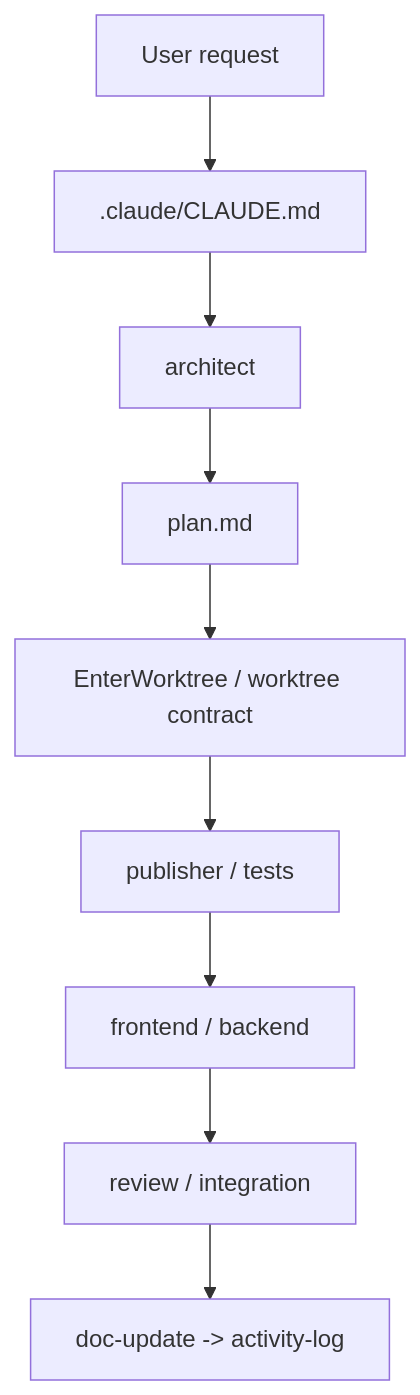
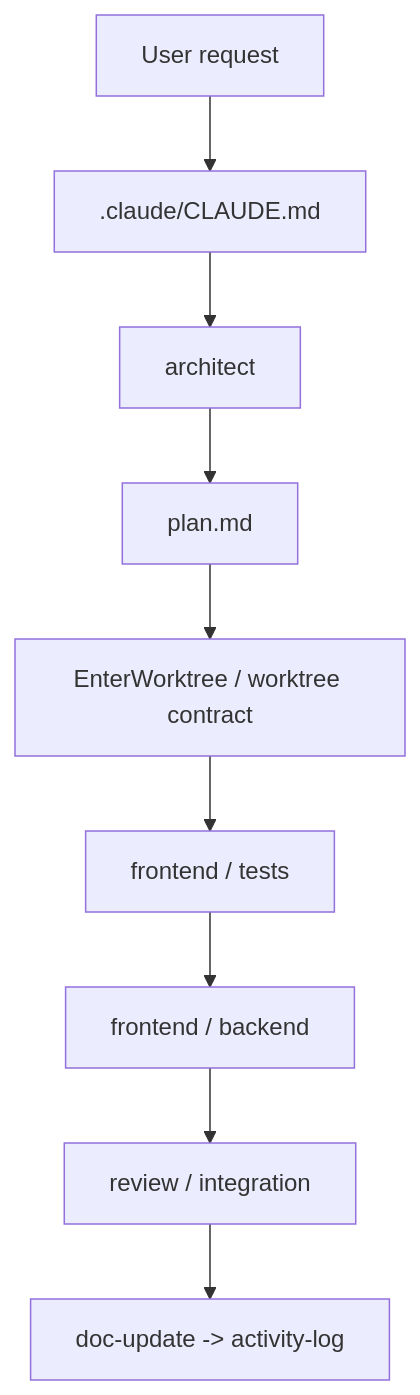
The fifth of 14 diagrams in docs/claude-code-workflow-evolution.md (SeoJaeWan/try-claude-code), drawn with Mermaid before and after one commit. The commit also changed other lines of this file and 110 other files, not shown here.

````diff
--- a/docs/claude-code-workflow-evolution.md
+++ b/docs/claude-code-workflow-evolution.md
@@ -257,21 +257,21 @@
 ```mermaid
 flowchart TD
     U["User request"]
     CLAUDE[".claude/CLAUDE.md"]
     ARCH["architect"]
     PLAN["plan.md"]
     WT["EnterWorktree / worktree contract"]
-    P1["publisher / tests"]
+    P1["frontend / tests"]
     P2["frontend / backend"]
     P3["review / integration"]
     TAIL["doc-update -> activity-log"]
 
     U --> CLAUDE
     CLAUDE --> ARCH
     ARCH --> PLAN
     PLAN --> WT
     WT --> P1
     P1 --> P2
     P2 --> P3
     P3 --> TAIL
 ```
````
